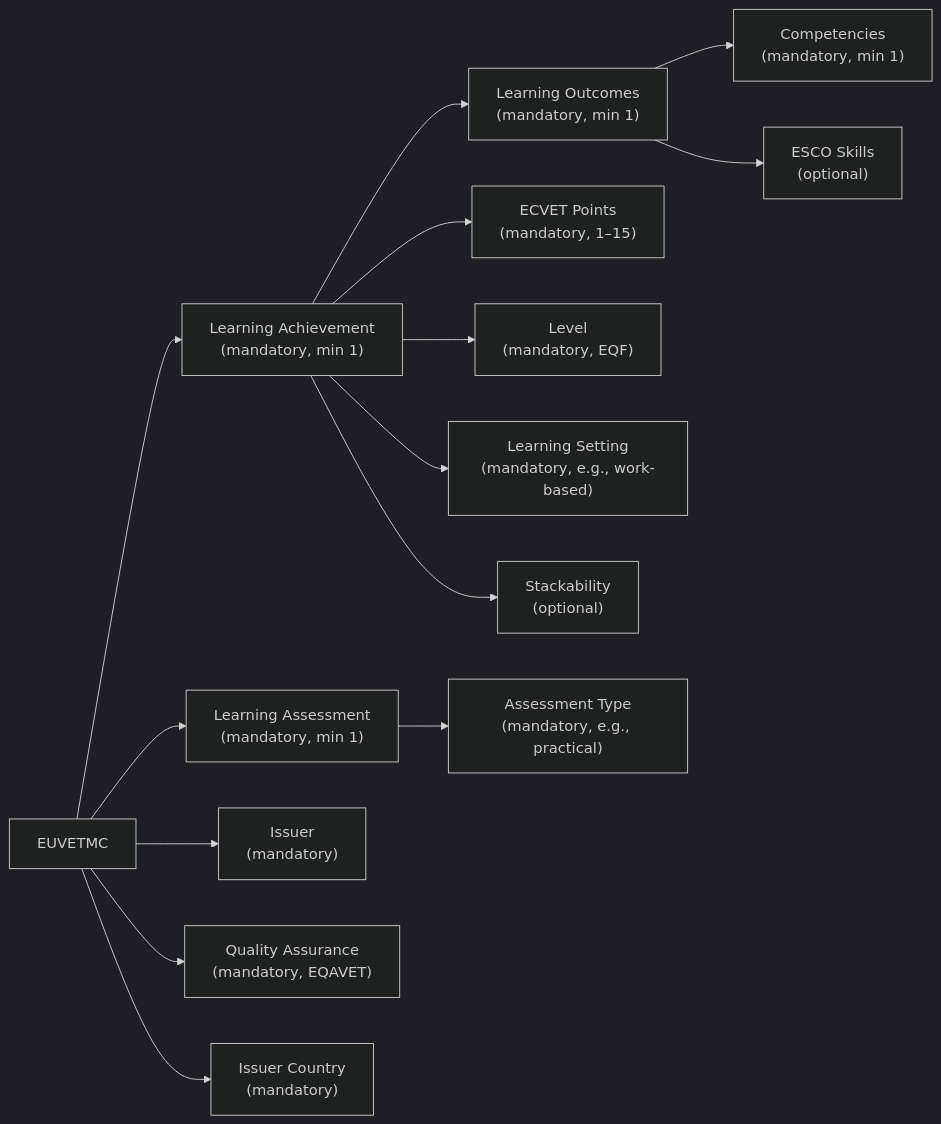
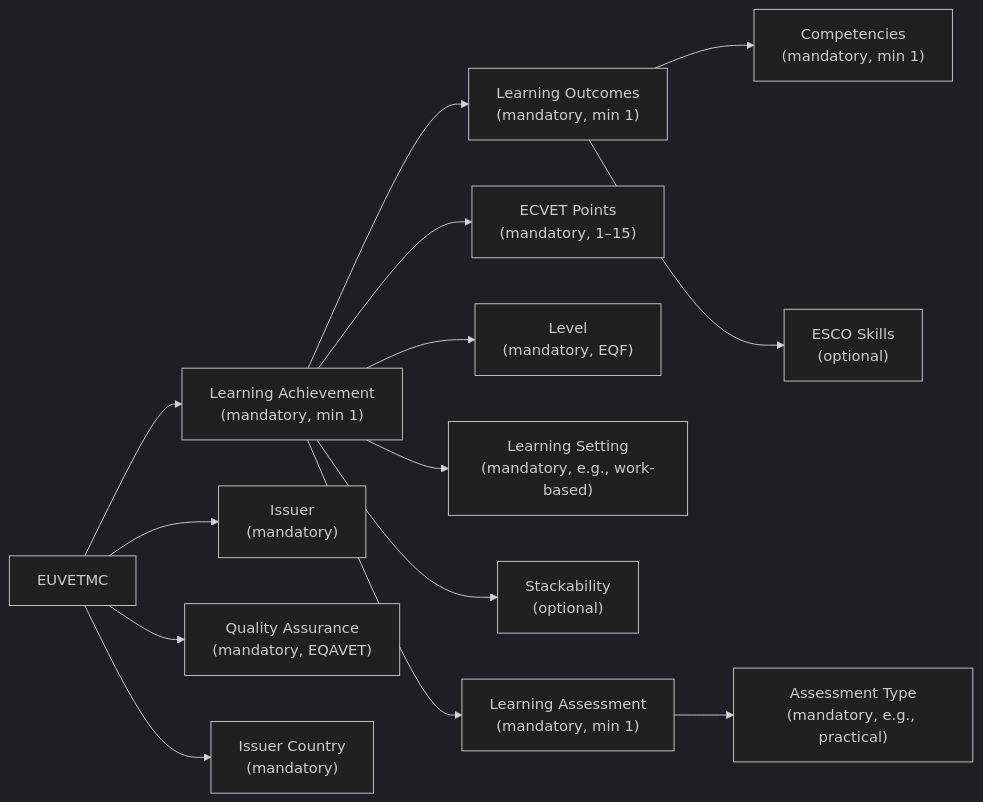
One commit to dc4eu/educational-pilot changed the diagram in sectorial-eaa-catalogue/formal-education/business/vet-microcredential.md. Above: the diagram before and after it, drawn with Mermaid (dark theme).

`````diff
--- a/sectorial-eaa-catalogue/formal-education/business/vet-microcredential.md
+++ b/sectorial-eaa-catalogue/formal-education/business/vet-microcredential.md
@@ -53,16 +53,16 @@
 ```mermaid
 flowchart LR
     A["EUVETMC"] --> B["Learning Achievement<br>(mandatory, min 1)"]
-    A --> C["Learning Assessment<br>(mandatory, min 1)"]
     A --> D["Issuer<br>(mandatory)"]
     A --> E["Quality Assurance<br>(mandatory, EQAVET)"]
     A --> F["Issuer Country<br>(mandatory)"]
     B --> G["Learning Outcomes<br>(mandatory, min 1)"]
     B --> H["ECVET Points<br>(mandatory, 1–15)"]
     B --> I["Level<br>(mandatory, EQF)"]
     B --> J["Learning Setting<br>(mandatory, e.g., work-based)"]
     B --> K["Stackability<br>(optional)"]
+    B --> C["Learning Assessment<br>(mandatory, min 1)"]
     C --> L["Assessment Type<br>(mandatory, e.g., practical)"]
     G --> M["Competencies<br>(mandatory, min 1)"]
     G --> N["ESCO Skills<br>(optional)"]
 ````
`````
